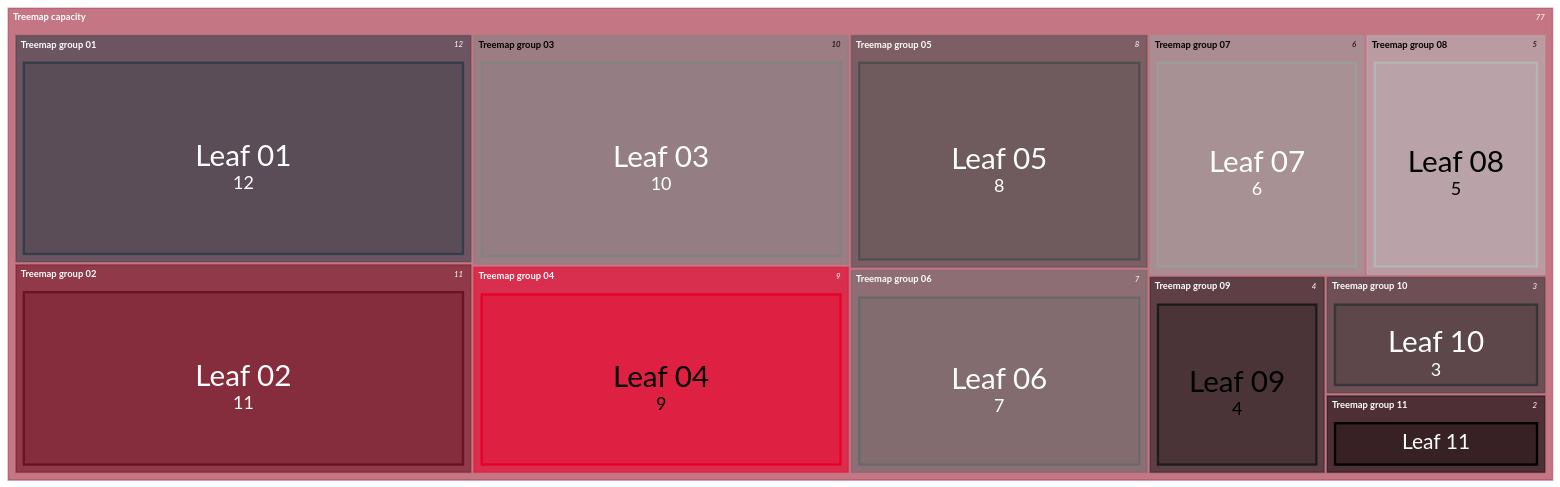
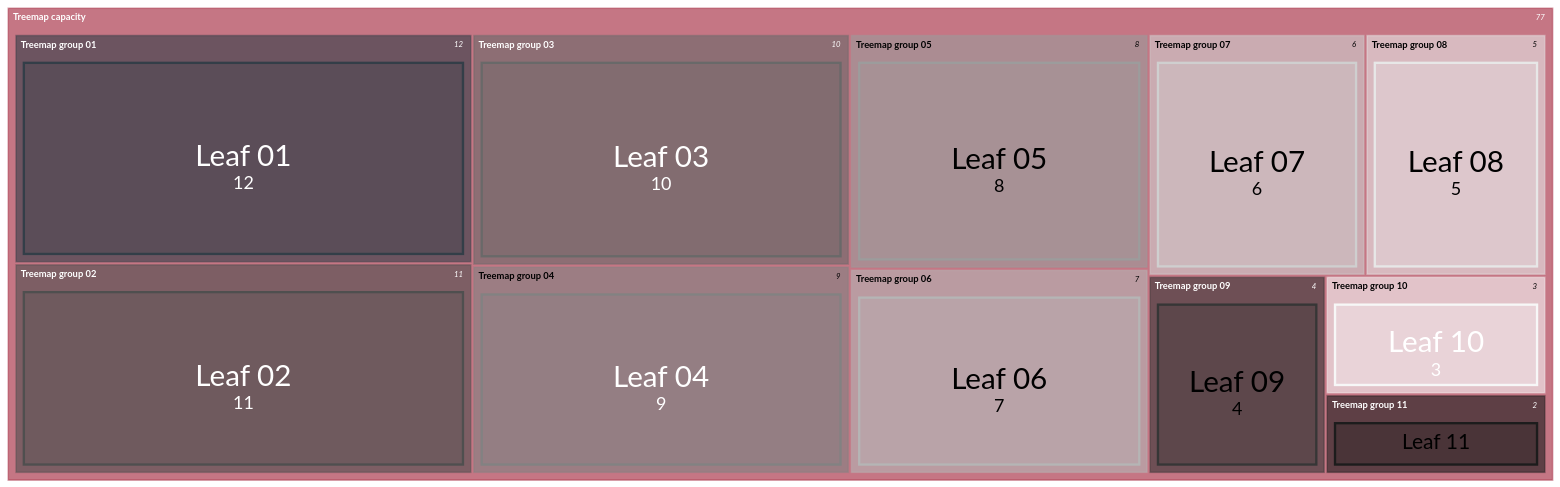
The diagram in skills/mermaid/assets/examples/mermaid-max-complexity/source/colorset1/treemap.mmd (gvillarroel/skills), drawn with Mermaid before and after one commit. The commit also changed 428 other files, not shown here.

```diff
--- a/skills/mermaid/assets/examples/mermaid-max-complexity/source/colorset1/treemap.mmd
+++ b/skills/mermaid/assets/examples/mermaid-max-complexity/source/colorset1/treemap.mmd
@@ -1,117 +1,117 @@
 ---
 # mermaid: config begin
 config:
   theme: "base"
   themeVariables:
     THEME_COLOR_LIMIT: 12
     background: "#ffffff"
     primaryColor: "#9e1b32"
     primaryTextColor: "#ffffff"
     primaryBorderColor: "#9e1b32"
     secondaryColor: "#333e48"
     secondaryTextColor: "#ffffff"
     secondaryBorderColor: "#333e48"
-    tertiaryColor: "#6d1222"
+    tertiaryColor: "#4f4f4f"
     tertiaryTextColor: "#ffffff"
-    tertiaryBorderColor: "#6d1222"
+    tertiaryBorderColor: "#4f4f4f"
     lineColor: "#696969"
     textColor: "#333e48"
     mainBkg: "#9e1b32"
     nodeBkg: "#9e1b32"
     nodeBorder: "#9e1b32"
     clusterBkg: "#e7e7e7"
     clusterBorder: "#9c9c9c"
     defaultLinkColor: "#696969"
     edgeLabelBackground: "#ffffff"
     classText: "#ffffff"
     labelColor: "#ffffff"
     titleColor: "#333e48"
     cScale0: "#9e1b32"
     cScale1: "#333e48"
-    cScale2: "#6d1222"
-    cScale3: "#828282"
-    cScale4: "#e8002a"
-    cScale5: "#4f4f4f"
-    cScale6: "#696969"
-    cScale7: "#9c9c9c"
-    cScale8: "#b5b5b5"
-    cScale9: "#1c1c1c"
-    cScale10: "#363636"
-    cScale11: "#000000"
+    cScale2: "#4f4f4f"
+    cScale3: "#696969"
+    cScale4: "#828282"
+    cScale5: "#9c9c9c"
+    cScale6: "#b5b5b5"
+    cScale7: "#cfcfcf"
+    cScale8: "#e7e7e7"
+    cScale9: "#363636"
+    cScale10: "#f7f7f7"
+    cScale11: "#1c1c1c"
     cScaleLabel0: "#ffffff"
     cScaleLabel1: "#ffffff"
     cScaleLabel2: "#ffffff"
-    cScaleLabel3: "#000000"
-    cScaleLabel4: "#ffffff"
-    cScaleLabel5: "#ffffff"
-    cScaleLabel6: "#ffffff"
+    cScaleLabel3: "#ffffff"
+    cScaleLabel4: "#000000"
+    cScaleLabel5: "#000000"
+    cScaleLabel6: "#000000"
     cScaleLabel7: "#000000"
     cScaleLabel8: "#000000"
     cScaleLabel9: "#ffffff"
-    cScaleLabel10: "#ffffff"
+    cScaleLabel10: "#000000"
     cScaleLabel11: "#ffffff"
     cScaleInv0: "#ffffff"
     cScaleInv1: "#ffffff"
     cScaleInv2: "#ffffff"
-    cScaleInv3: "#000000"
-    cScaleInv4: "#ffffff"
-    cScaleInv5: "#ffffff"
-    cScaleInv6: "#ffffff"
+    cScaleInv3: "#ffffff"
+    cScaleInv4: "#000000"
+    cScaleInv5: "#000000"
+    cScaleInv6: "#000000"
     cScaleInv7: "#000000"
     cScaleInv8: "#000000"
     cScaleInv9: "#ffffff"
-    cScaleInv10: "#ffffff"
+    cScaleInv10: "#000000"
     cScaleInv11: "#ffffff"
     cScalePeer0: "#9e1b32"
     cScalePeer1: "#333e48"
-    cScalePeer2: "#6d1222"
-    cScalePeer3: "#828282"
-    cScalePeer4: "#e8002a"
-    cScalePeer5: "#4f4f4f"
-    cScalePeer6: "#696969"
-    cScalePeer7: "#9c9c9c"
-    cScalePeer8: "#b5b5b5"
-    cScalePeer9: "#1c1c1c"
-    cScalePeer10: "#363636"
-    cScalePeer11: "#000000"
+    cScalePeer2: "#4f4f4f"
+    cScalePeer3: "#696969"
+    cScalePeer4: "#828282"
+    cScalePeer5: "#9c9c9c"
+    cScalePeer6: "#b5b5b5"
+    cScalePeer7: "#cfcfcf"
+    cScalePeer8: "#e7e7e7"
+    cScalePeer9: "#363636"
+    cScalePeer10: "#f7f7f7"
+    cScalePeer11: "#1c1c1c"
   themeCSS: ".node > rect, .node > circle, .node > ellipse, .node > polygon, .node > path, rect.actor, .note, .task, .task0, .task1, .task2, .task3 { stroke-width: 0 !important; }.treemapLeaf { fill-opacity: 1 !important; stroke-width: 0 !important; }"
   treemap:
     useMaxWidth: false
     padding: 4
     diagramPadding: 8
     nodeWidth: 200
     nodeHeight: 65
 # mermaid: config end
 # mermaid: metadata begin
 mermaid:
   colorset: "colorset1"
   mode: "standard"
   palette: "basic-red-neutral-style"
 # mermaid: metadata end
 ---
 treemap-beta
   accTitle: Treemap maximum complexity showcase
   accDescr: A named capacity root contains eleven descending-value groups and consumes all twelve named hierarchy colors including the root.
   "Treemap capacity"
     "Treemap group 01"
       "Leaf 01": 12
     "Treemap group 02"
       "Leaf 02": 11
     "Treemap group 03"
       "Leaf 03": 10
     "Treemap group 04"
       "Leaf 04": 9
     "Treemap group 05"
       "Leaf 05": 8
     "Treemap group 06"
       "Leaf 06": 7
     "Treemap group 07"
       "Leaf 07": 6
     "Treemap group 08"
       "Leaf 08": 5
     "Treemap group 09"
       "Leaf 09": 4
     "Treemap group 10"
       "Leaf 10": 3
     "Treemap group 11"
       "Leaf 11": 2
```
